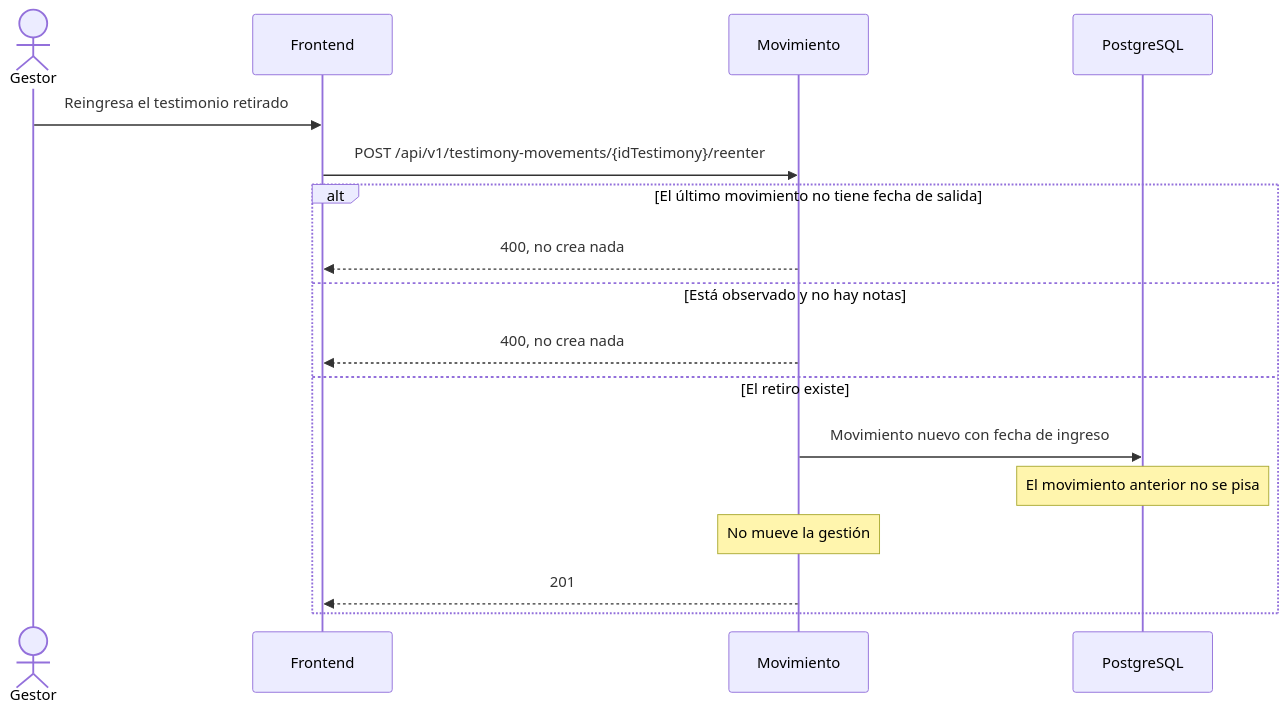
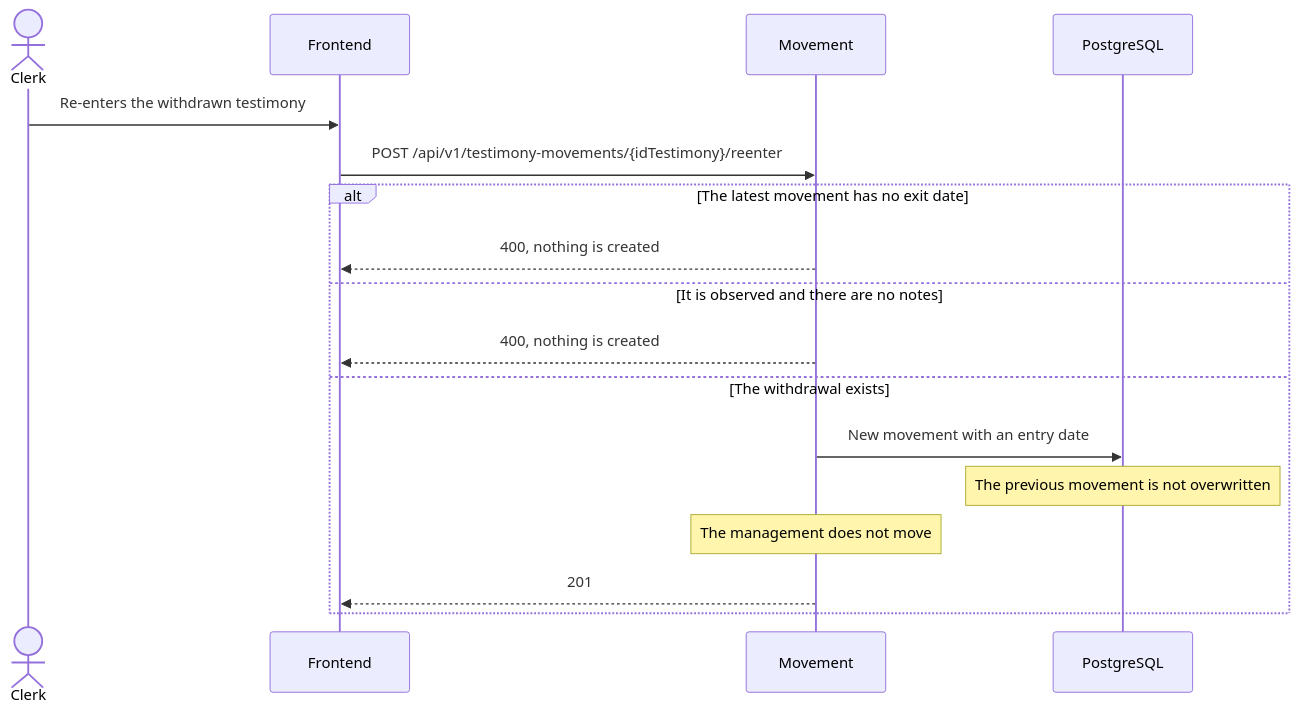
One commit to matiaspakua/notaire changed the eighth of 9 diagrams in docs/200-architecture/203-design/GESTION.md. Above: the diagram before and after it, drawn with Mermaid. The commit also changed other lines of this file and 165 other files, not shown here.

First line of the commit message:
[#1490] docs(architecture): write CU sequence steps in English (#1505)

````diff
--- a/docs/200-architecture/203-design/GESTION.md
+++ b/docs/200-architecture/203-design/GESTION.md
@@ -260,20 +261,20 @@
 ```mermaid
 sequenceDiagram
-  actor Gestor
+  actor Clerk
   participant FE as Frontend
-  participant Mov as Movimiento
+  participant Mov as Movement
   participant DB as PostgreSQL
 
-  Gestor->>FE: Reingresa el testimonio retirado
+  Clerk->>FE: Re-enters the withdrawn testimony
   FE->>Mov: POST /api/v1/testimony-movements/{idTestimony}/reenter
-  alt El último movimiento no tiene fecha de salida
-    Mov-->>FE: 400, no crea nada
-  else Está observado y no hay notas
-    Mov-->>FE: 400, no crea nada
-  else El retiro existe
-    Mov->>DB: Movimiento nuevo con fecha de ingreso
-    Note over DB: El movimiento anterior no se pisa
-    Note over Mov: No mueve la gestión
+  alt The latest movement has no exit date
+    Mov-->>FE: 400, nothing is created
+  else It is observed and there are no notes
+    Mov-->>FE: 400, nothing is created
+  else The withdrawal exists
+    Mov->>DB: New movement with an entry date
+    Note over DB: The previous movement is not overwritten
+    Note over Mov: The management does not move
     Mov-->>FE: 201
   end
 ```
````
